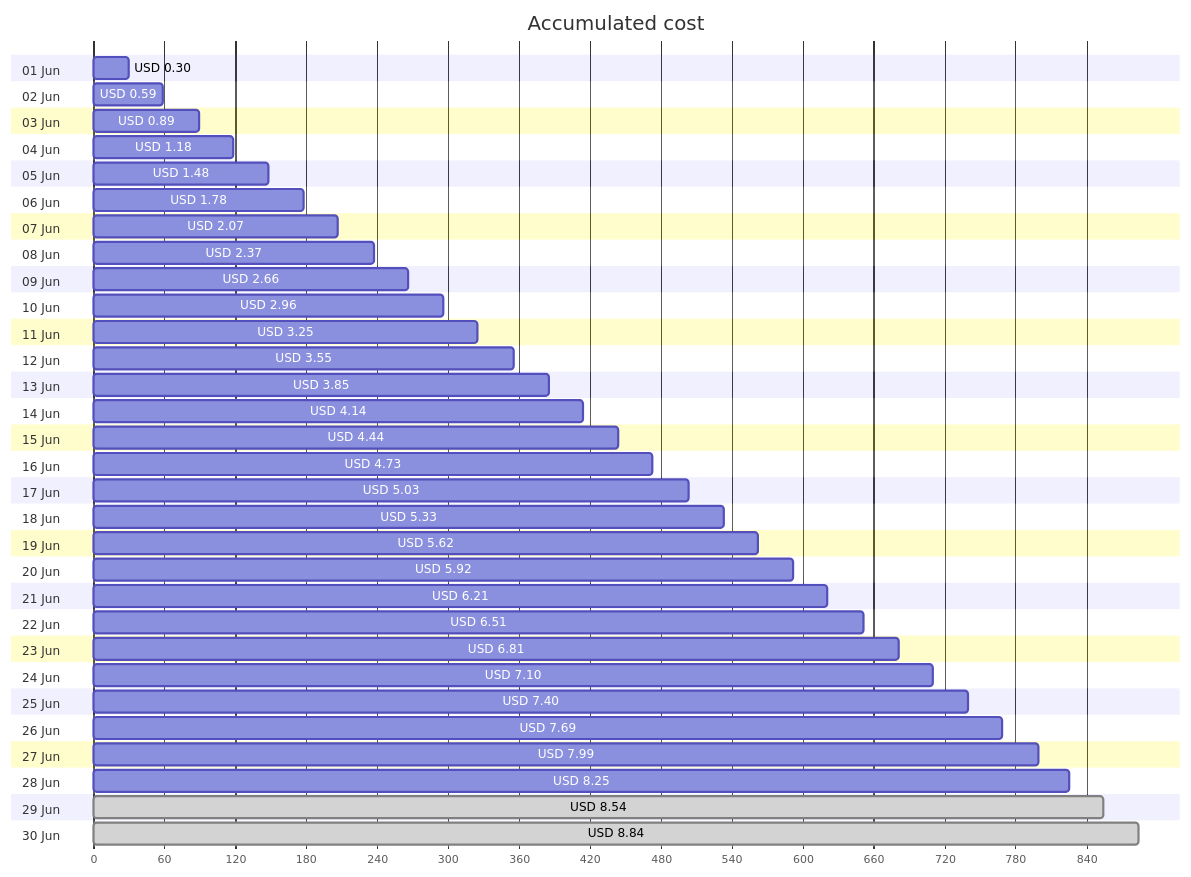
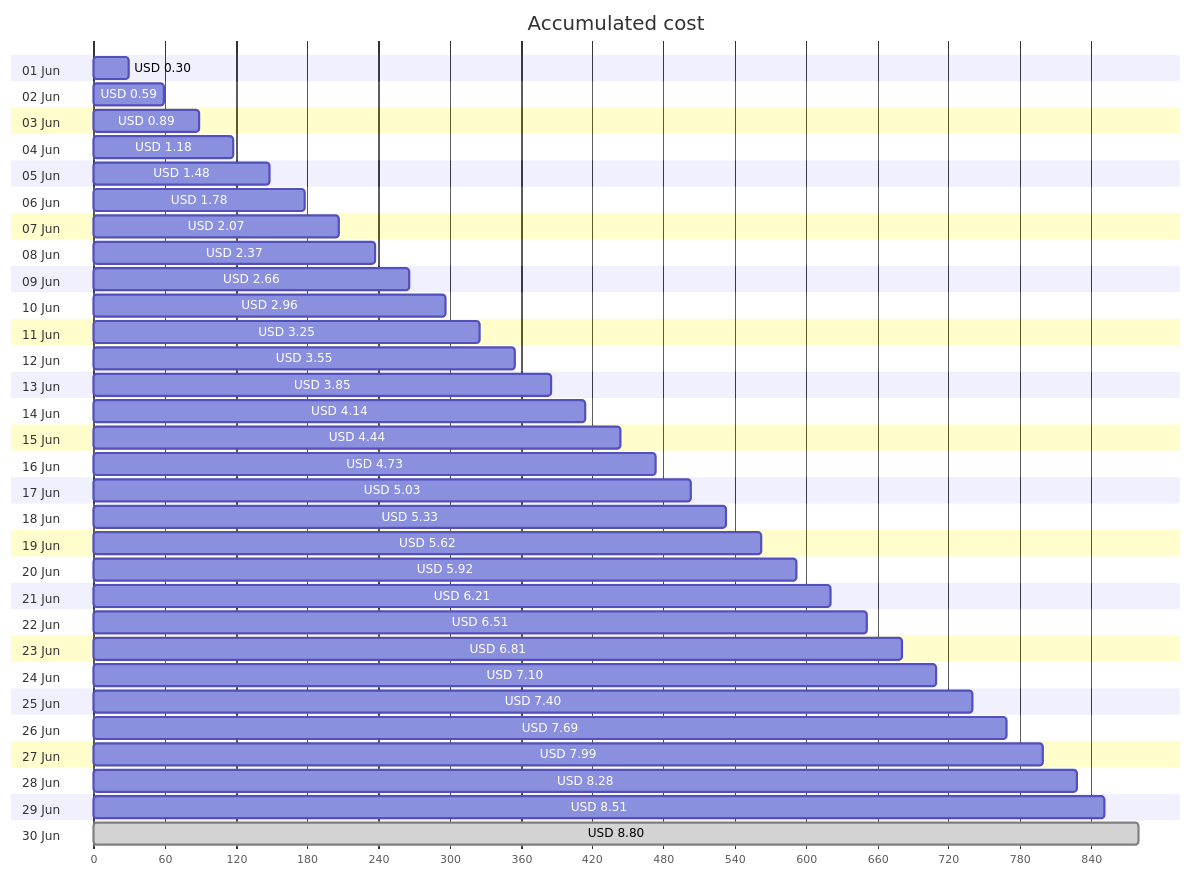
One commit to jpfulton/azure-personal-reports changed the first of 4 diagrams in cost-reports/personal-site/personal-site-preview.md. Above: the diagram before and after it, drawn with Mermaid. The commit also changed other lines of this file and 6 other files, not shown here.

````diff
--- a/cost-reports/personal-site/personal-site-preview.md
+++ b/cost-reports/personal-site/personal-site-preview.md
@@ -20,66 +20,66 @@
 ```mermaid
 gantt
    title Accumulated cost
    dateFormat  X
    axisFormat %s
    section 01 Jun
    USD 0.30 :0, 30
    section 02 Jun
    USD 0.59 :0, 59
    section 03 Jun
    USD 0.89 :0, 89
    section 04 Jun
    USD 1.18 :0, 118
    section 05 Jun
    USD 1.48 :0, 148
    section 06 Jun
    USD 1.78 :0, 178
    section 07 Jun
    USD 2.07 :0, 207
    section 08 Jun
    USD 2.37 :0, 237
    section 09 Jun
    USD 2.66 :0, 266
    section 10 Jun
    USD 2.96 :0, 296
    section 11 Jun
    USD 3.25 :0, 325
    section 12 Jun
    USD 3.55 :0, 355
    section 13 Jun
    USD 3.85 :0, 385
    section 14 Jun
    USD 4.14 :0, 414
    section 15 Jun
    USD 4.44 :0, 444
    section 16 Jun
    USD 4.73 :0, 473
    section 17 Jun
    USD 5.03 :0, 503
    section 18 Jun
    USD 5.33 :0, 533
    section 19 Jun
    USD 5.62 :0, 562
    section 20 Jun
    USD 5.92 :0, 592
    section 21 Jun
    USD 6.21 :0, 621
    section 22 Jun
    USD 6.51 :0, 651
    section 23 Jun
    USD 6.81 :0, 681
    section 24 Jun
    USD 7.10 :0, 710
    section 25 Jun
    USD 7.40 :0, 740
    section 26 Jun
    USD 7.69 :0, 769
    section 27 Jun
    USD 7.99 :0, 799
    section 28 Jun
-   USD 8.25 :0, 825
+   USD 8.28 :0, 828
    section 29 Jun
-   USD 8.54 : done, 0, 854
+   USD 8.51 :0, 851
    section 30 Jun
-   USD 8.84 : done, 0, 884
+   USD 8.80 : done, 0, 880
 ```
````
